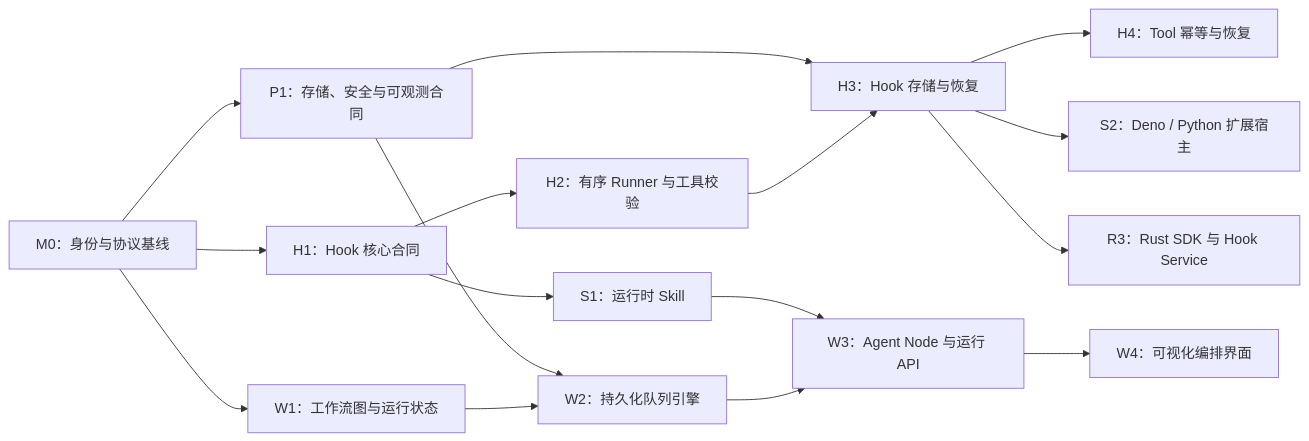
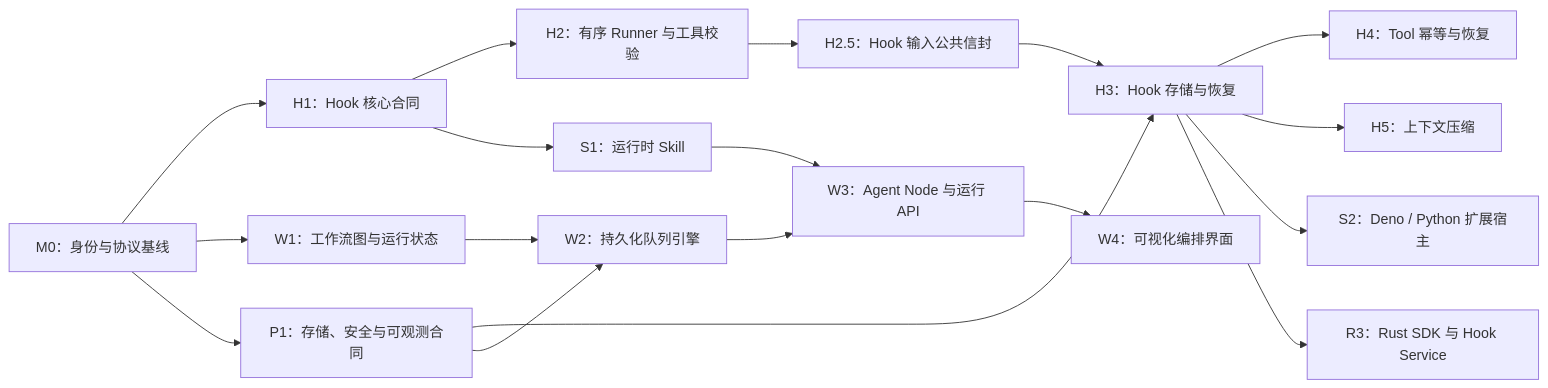
Before and after one commit to time-gift24/stratum: the diagram in TODO.md, drawn with Mermaid. The commit also changed other lines of this file and 6 other files, not shown here.

First line of the commit message:
docs(openspec): archive hookify-tool-approval and extend roadmap

````diff
--- a/TODO.md
+++ b/TODO.md
@@ -21,21 +21,23 @@
 ```mermaid
 flowchart LR
     M0["M0：身份与协议基线"] --> H1["H1：Hook 核心合同"]
     H1 --> H2["H2：有序 Runner 与工具校验"]
-    H2 --> H3["H3：Hook 存储与恢复"]
+    H2 --> H25["H2.5：Hook 输入公共信封"]
+    H25 --> H3["H3：Hook 存储与恢复"]
     H3 --> H4["H4：Tool 幂等与恢复"]
+    H3 --> H5["H5：上下文压缩"]
     H3 --> S2["S2：Deno / Python 扩展宿主"]
     H3 --> R3["R3：Rust SDK 与 Hook Service"]
 
     M0 --> W1["W1：工作流图与运行状态"]
     W1 --> W2["W2：持久化队列引擎"]
     W2 --> W3["W3：Agent Node 与运行 API"]
     W3 --> W4["W4：可视化编排界面"]
 
     H1 --> S1["S1：运行时 Skill"]
     S1 --> W3
 
     M0 --> P1["P1：存储、安全与可观测合同"]
     P1 --> H3
     P1 --> W2
 ```
````
